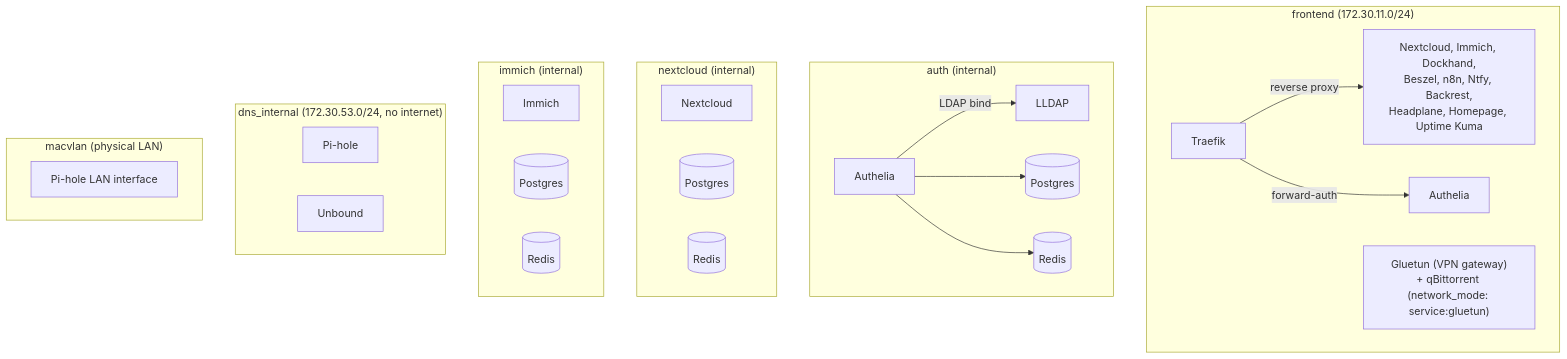
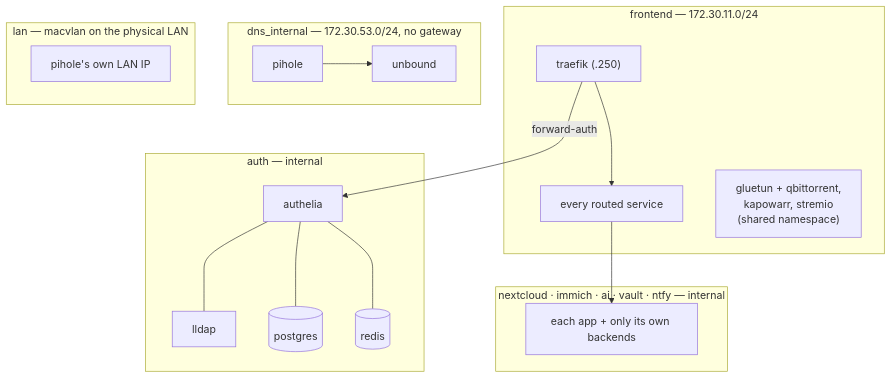
The second of 2 diagrams in docs/ARCHITECTURE.md (florianajir/pi-web), drawn with Mermaid before and after one commit. The commit also changed other lines of this file and 15 other files, not shown here.

````diff
--- a/docs/ARCHITECTURE.md
+++ b/docs/ARCHITECTURE.md
@@ -118,43 +89,26 @@
 ```mermaid
 flowchart TB
-    subgraph frontend["frontend (172.30.11.0/24)"]
-        Traefik
-        Authelia
-        Services["Nextcloud, Immich, Dockhand,\nBeszel, n8n, Ntfy, Backrest,\nHeadplane, Homepage, Uptime Kuma"]
-        Gluetun["Gluetun (VPN gateway)\n+ qBittorrent (network_mode: service:gluetun)"]
+    subgraph frontend["frontend — 172.30.11.0/24"]
+        Traefik["traefik (.250)"]
+        Services["every routed service"]
+        Gluetun["gluetun + qbittorrent,\nkapowarr, stremio\n(shared namespace)"]
+    end
+    subgraph auth["auth — internal"]
+        AutheliaB[authelia] --- LLDAP[lldap]
+        AutheliaB --- PG_Auth[(postgres)]
+        AutheliaB --- Redis_Auth[(redis)]
+    end
+    subgraph app["nextcloud · immich · ai · vault · ntfy — internal"]
+        App["each app + only its own backends"]
+    end
+    subgraph dns["dns_internal — 172.30.53.0/24, no gateway"]
+        PH[pihole] --> UB[unbound]
+    end
+    subgraph lan_net["lan — macvlan on the physical LAN"]
+        PH_LAN["pihole's own LAN IP"]
     end
 
-    subgraph auth["auth (internal)"]
-        AutheliaB[Authelia]
-        LLDAP
-        PG_Auth[(Postgres)]
-        Redis_Auth[(Redis)]
-    end
-
-    subgraph nextcloud_net["nextcloud (internal)"]
-        NC[Nextcloud]
-        PG_NC[(Postgres)]
-        Redis_NC[(Redis)]
-    end
-
-    subgraph immich_net["immich (internal)"]
-        IM[Immich]
-        PG_IM[(Postgres)]
-        Redis_IM[(Redis)]
-    end
-
-    subgraph dns["dns_internal (172.30.53.0/24, no internet)"]
-        PH[Pi-hole]
-        UB[Unbound]
-    end
-
-    subgraph lan_net["macvlan (physical LAN)"]
-        PH_LAN[Pi-hole LAN interface]
-    end
-
-    Traefik -->|"reverse proxy"| Services
-    Traefik -->|"forward-auth"| Authelia
-    AutheliaB -->|"LDAP bind"| LLDAP
-    AutheliaB --> PG_Auth
-    AutheliaB --> Redis_Auth
+    Traefik --> Services
+    Traefik -->|forward-auth| AutheliaB
+    Services --> App
 ```
````
